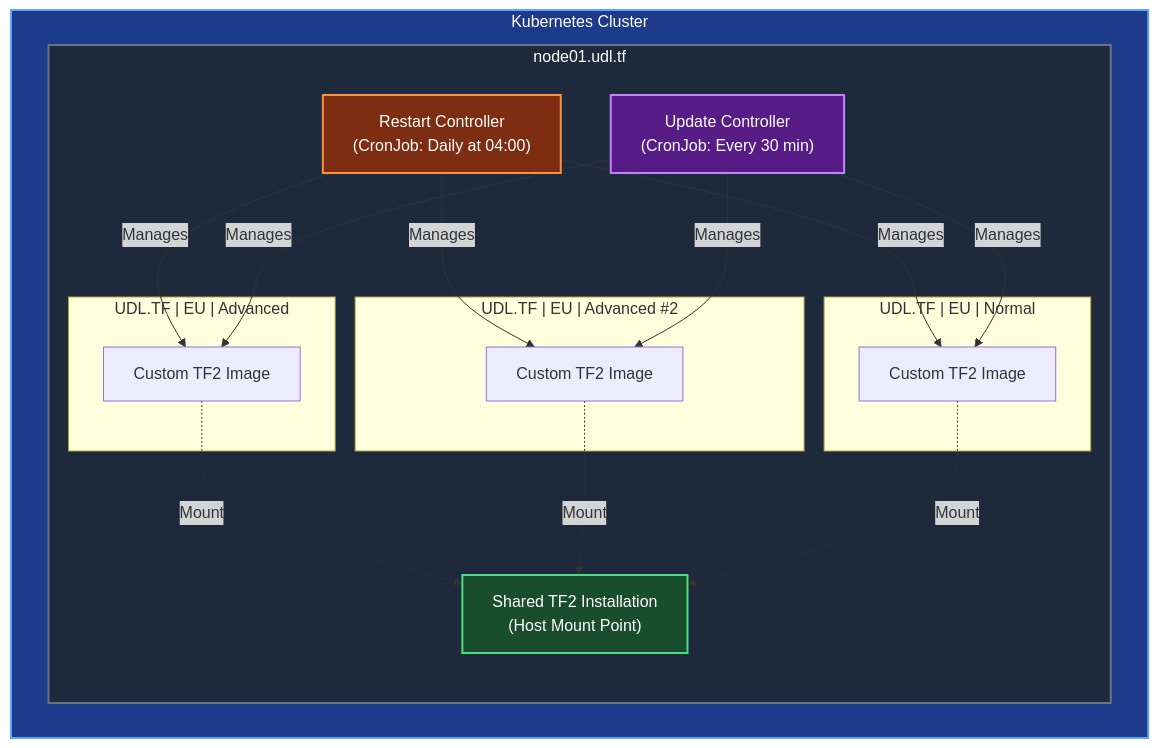
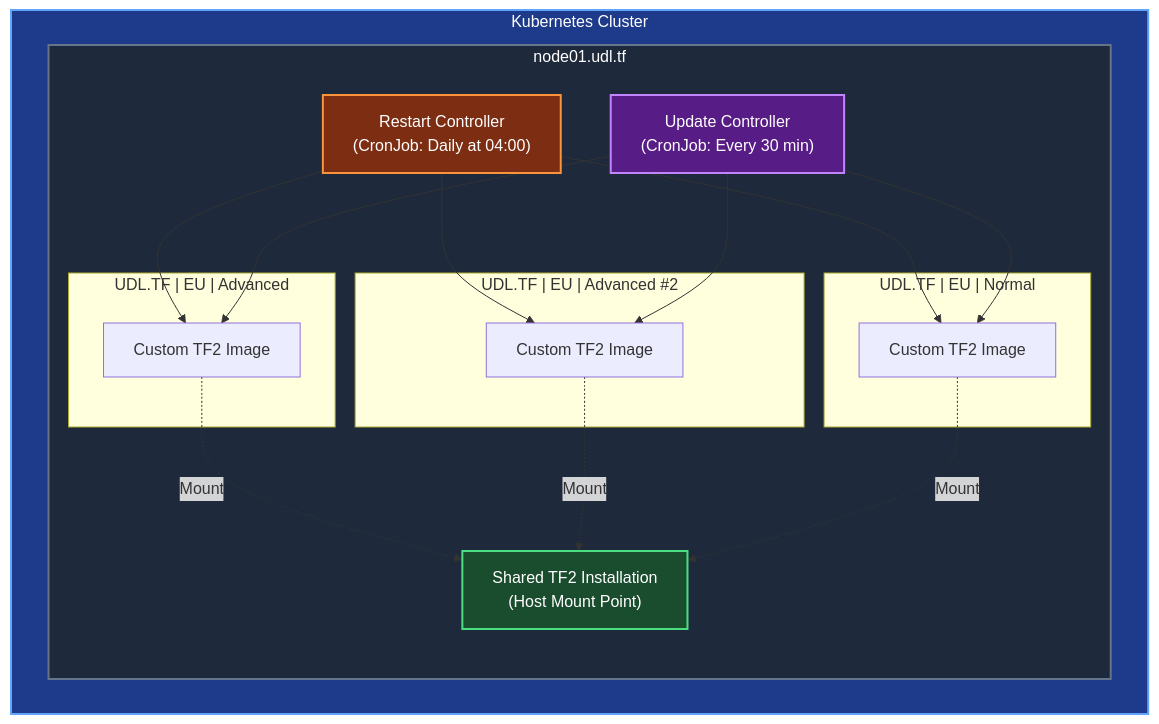
One commit to UDL-TF/Organization changed the diagram in infrastructure/overview.md. Above: the diagram before and after it, drawn with Mermaid.

Commit message:
Simplify controller management connections in architecture diagram

````diff
--- a/infrastructure/overview.md
+++ b/infrastructure/overview.md
@@ -5,41 +5,41 @@
 ```mermaid
 graph TB
     subgraph K8S["Kubernetes Cluster"]
         subgraph NODE["node01.udl.tf"]
             SHARED["Shared TF2 Installation<br/>(Host Mount Point)"]
 
             RESTART["Restart Controller<br/>(CronJob: Daily at 04:00)"]
             UPDATE["Update Controller<br/>(CronJob: Every 30 min)"]
 
             subgraph SERVER1["UDL.TF | EU | Advanced"]
                 POD1["Custom TF2 Image"]
             end
 
             subgraph SERVER2["UDL.TF | EU | Advanced #2"]
                 POD2["Custom TF2 Image"]
             end
 
             subgraph SERVER3["UDL.TF | EU | Normal"]
                 POD3["Custom TF2 Image"]
             end
 
-            RESTART -->|Manages| POD1
-            RESTART -->|Manages| POD2
-            RESTART -->|Manages| POD3
+            RESTART --> POD1
+            RESTART --> POD2
+            RESTART --> POD3
 
-            UPDATE -->|Manages| POD1
-            UPDATE -->|Manages| POD2
-            UPDATE -->|Manages| POD3
+            UPDATE --> POD1
+            UPDATE --> POD2
+            UPDATE --> POD3
 
             POD1 -.->|Mount| SHARED
             POD2 -.->|Mount| SHARED
             POD3 -.->|Mount| SHARED
         end
     end
 
     style SHARED fill:#1a4d2e,stroke:#4ade80,stroke-width:2px,color:#fff
     style NODE fill:#1e293b,stroke:#64748b,stroke-width:2px,color:#fff
     style K8S fill:#1e3a8a,stroke:#60a5fa,stroke-width:2px,color:#fff
     style RESTART fill:#7c2d12,stroke:#fb923c,stroke-width:2px,color:#fff
     style UPDATE fill:#581c87,stroke:#c084fc,stroke-width:2px,color:#fff
 ```
````
